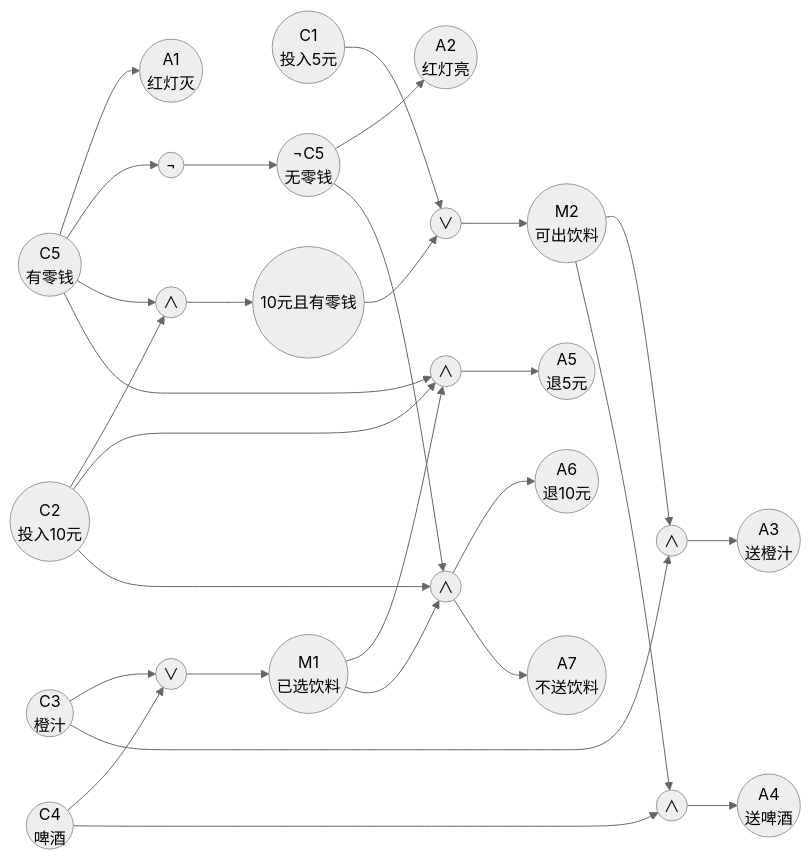
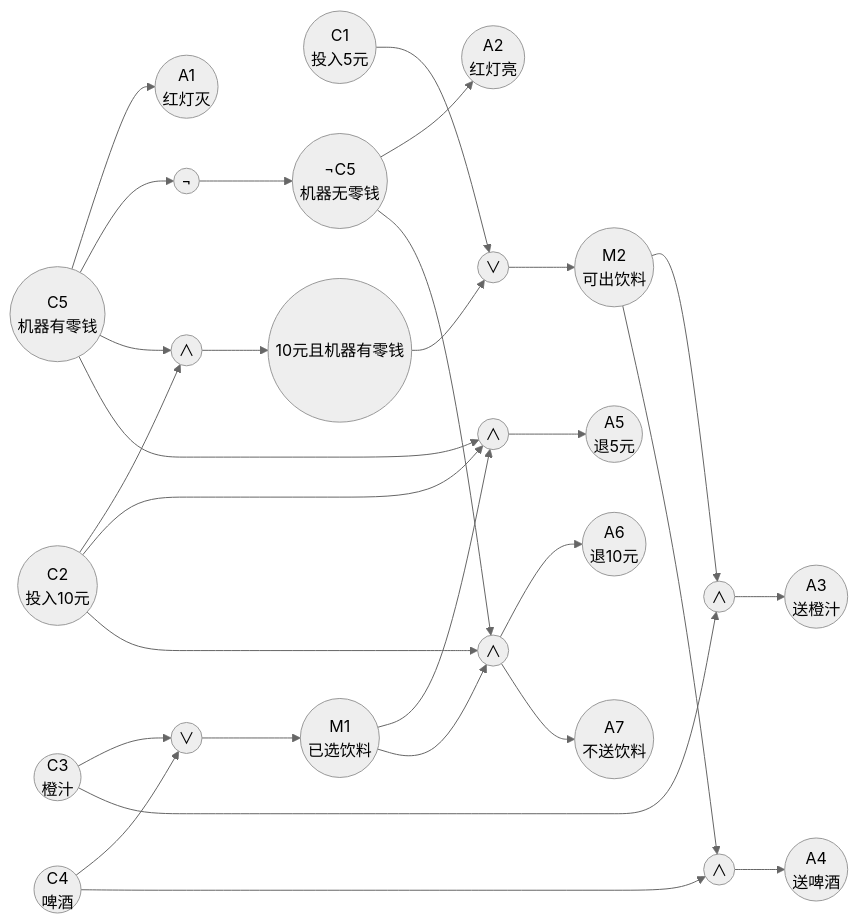
One commit to Ziwen-Lii/pique-review-site changed the first of 4 diagrams in src/content/test-homework-solutions.md. Above: the diagram before and after it, drawn with Mermaid (neutral theme). The commit also changed other lines of this file and 1 other file, not shown here.

````diff
--- a/src/content/test-homework-solutions.md
+++ b/src/content/test-homework-solutions.md
@@ -268,53 +268,53 @@
 ```mermaid
 flowchart LR
   C1(("C1<br/>投入5元"))
   C2(("C2<br/>投入10元"))
   C3(("C3<br/>橙汁"))
   C4(("C4<br/>啤酒"))
-  C5(("C5<br/>有零钱"))
-  NC5(("¬C5<br/>无零钱"))
+  C5(("C5<br/>机器有零钱"))
+  NC5(("¬C5<br/>机器无零钱"))
 
   A1(("A1<br/>红灯灭"))
   A2(("A2<br/>红灯亮"))
   A3(("A3<br/>送橙汁"))
   A4(("A4<br/>送啤酒"))
   A5(("A5<br/>退5元"))
   A6(("A6<br/>退10元"))
   A7(("A7<br/>不送饮料"))
 
   C5 --> A1
   C5 --> N1(("¬"))
   N1 --> NC5
   NC5 --> A2
 
   C3 --> OR1(("∨"))
   C4 --> OR1
   OR1 --> M1(("M1<br/>已选饮料"))
 
   C2 --> AND1(("∧"))
   C5 --> AND1
-  AND1 --> M10OK(("10元且有零钱"))
+  AND1 --> M10OK(("10元且机器有零钱"))
 
   C1 --> OR2(("∨"))
   M10OK --> OR2
   OR2 --> M2(("M2<br/>可出饮料"))
 
   M2 --> AND2(("∧"))
   C3 --> AND2
   AND2 --> A3
 
   M2 --> AND3(("∧"))
   C4 --> AND3
   AND3 --> A4
 
   C2 --> AND4(("∧"))
   C5 --> AND4
   M1 --> AND4
   AND4 --> A5
 
   C2 --> AND5(("∧"))
   NC5 --> AND5
   M1 --> AND5
   AND5 --> A6
   AND5 --> A7
 ```
````
